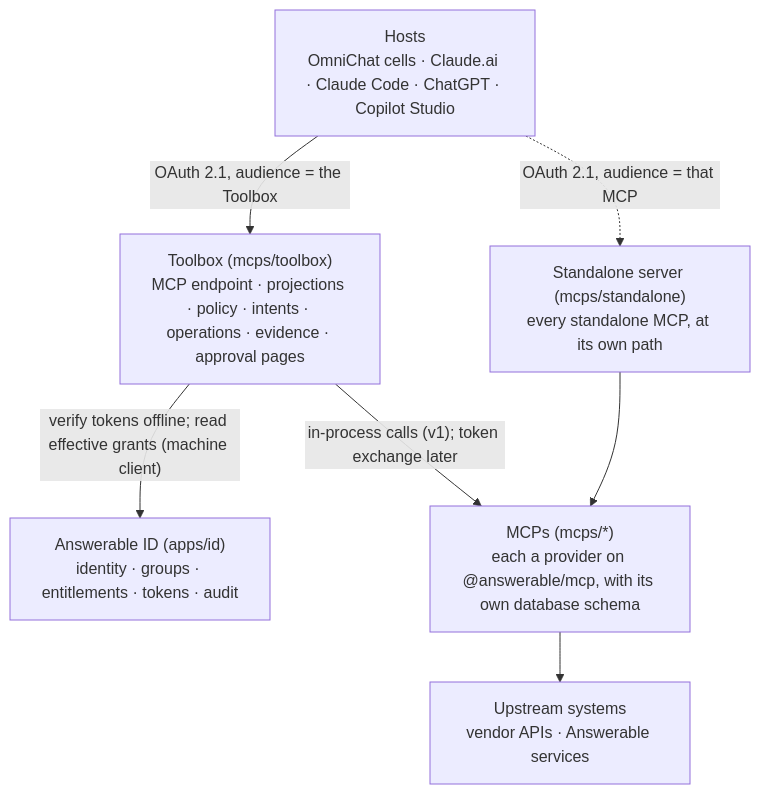
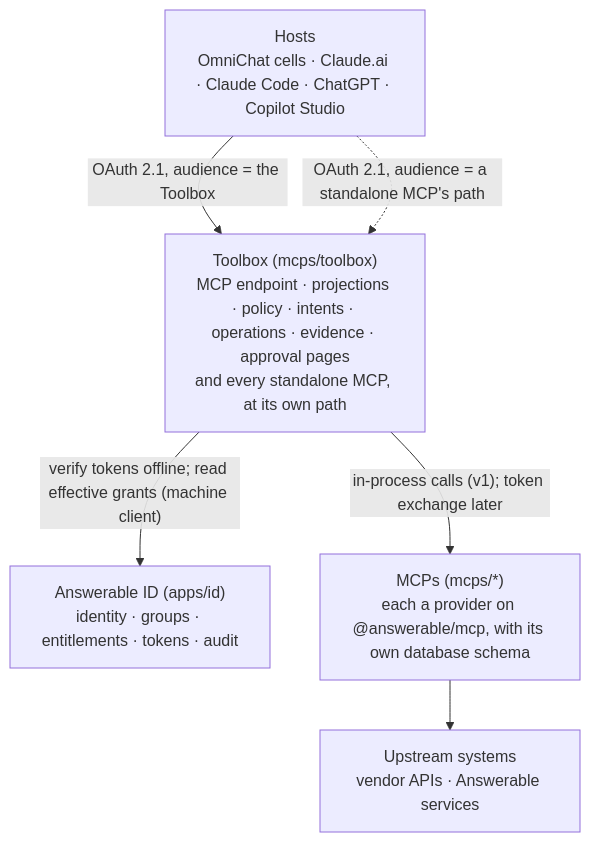
The diagram in docs/08-capability-platform.md (Rieranthony/answerable-monorepo), drawn with Mermaid before and after one commit. The commit also changed other lines of this file and 193 other files, not shown here.

First line of the commit message:
Serve standalone MCPs from the Toolbox's process

````diff
--- a/docs/08-capability-platform.md
+++ b/docs/08-capability-platform.md
@@ -35,16 +35,14 @@
 ```mermaid
 flowchart TB
     HOSTS["Hosts<br/>OmniChat cells · Claude.ai · Claude Code · ChatGPT · Copilot Studio"]
-    TB["Toolbox (mcps/toolbox)<br/>MCP endpoint · projections · policy · intents · operations · evidence · approval pages"]
+    TB["Toolbox (mcps/toolbox)<br/>MCP endpoint · projections · policy · intents · operations · evidence · approval pages<br/>and every standalone MCP, at its own path"]
     ID["Answerable ID (apps/id)<br/>identity · groups · entitlements · tokens · audit"]
     PROV["MCPs (mcps/*)<br/>each a provider on @answerable/mcp, with its own database schema"]
     UP["Upstream systems<br/>vendor APIs · Answerable services"]
-    STANDALONE["Standalone server (mcps/standalone)<br/>every standalone MCP, at its own path"]
 
     HOSTS -- "OAuth 2.1, audience = the Toolbox" --> TB
-    HOSTS -. "OAuth 2.1, audience = that MCP" .-> STANDALONE
+    HOSTS -. "OAuth 2.1, audience = a standalone MCP's path" .-> TB
     TB -- "verify tokens offline; read effective grants (machine client)" --> ID
     TB -- "in-process calls (v1); token exchange later" --> PROV
-    STANDALONE --> PROV
     PROV --> UP
 ```
````
